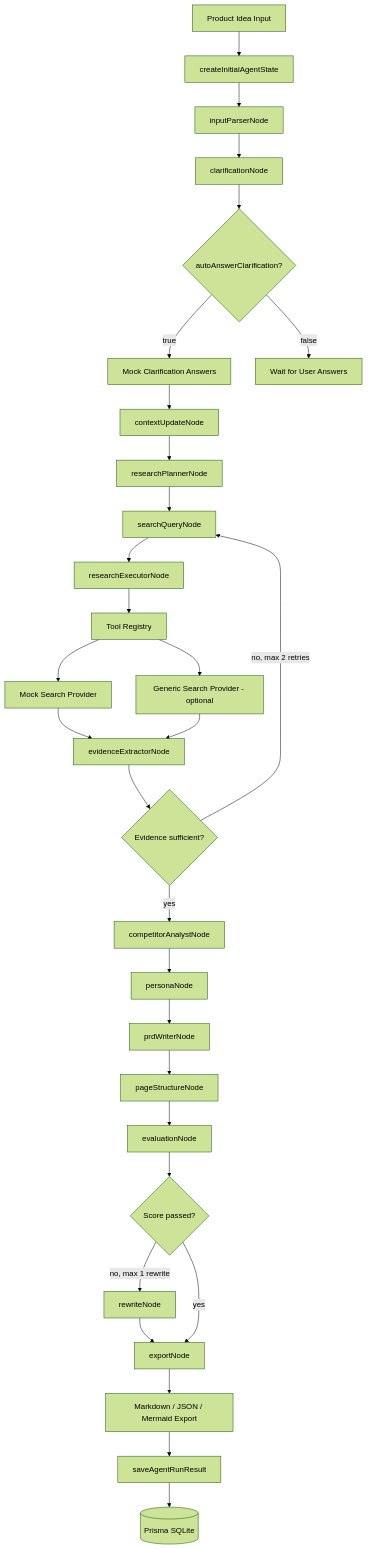
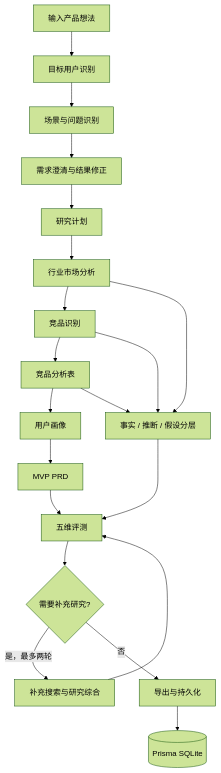
Before and after one commit to jing200327-cmyk/AI-Product-Discover: the diagram in README.md, drawn with Mermaid (forest theme). The commit also changed other lines of this file and 19 other files, not shown here.

Commit message:
Add evidence-aware evaluation research loop

````diff
--- a/README.md
+++ b/README.md
@@ -41,32 +52,22 @@
 ```mermaid
 flowchart TD
-  A[Product Idea Input] --> B[createInitialAgentState]
-  B --> C[inputParserNode]
-  C --> D[clarificationNode]
-  D --> E{autoAnswerClarification?}
-  E -->|true| F[Mock Clarification Answers]
-  E -->|false| W[Wait for User Answers]
-  F --> G[contextUpdateNode]
-  G --> H[researchPlannerNode]
-  H --> I[searchQueryNode]
-  I --> J[researchExecutorNode]
-  J --> K[Tool Registry]
-  K --> L[Mock Search Provider]
-  K --> M[Generic Search Provider - optional]
-  L --> N[evidenceExtractorNode]
-  M --> N
-  N --> O{Evidence sufficient?}
-  O -->|no, max 2 retries| I
-  O -->|yes| P[competitorAnalystNode]
-  P --> Q[personaNode]
-  Q --> R[prdWriterNode]
-  R --> S[pageStructureNode]
-  S --> T[evaluationNode]
-  T --> U{Score passed?}
-  U -->|no, max 1 rewrite| V[rewriteNode]
-  V --> X[exportNode]
-  U -->|yes| X
-  X --> Y[Markdown / JSON / Mermaid Export]
-  Y --> Z[saveAgentRunResult]
-  Z --> DB[(Prisma SQLite)]
+  A[输入产品想法] --> B[目标用户识别]
+  B --> C[场景与问题识别]
+  C --> D[需求澄清与结果修正]
+  D --> E[研究计划]
+  E --> F[行业市场分析]
+  F --> G[竞品识别]
+  G --> H[竞品分析表]
+  H --> I[用户画像]
+  I --> J[MVP PRD]
+  F --> K[事实 / 推断 / 假设分层]
+  G --> K
+  H --> K
+  J --> L[五维评测]
+  K --> L
+  L --> M{需要补充研究?}
+  M -->|是，最多两轮| N[补充搜索与研究综合]
+  N --> L
+  M -->|否| O[导出与持久化]
+  O --> P[(Prisma SQLite)]
 ```
````
